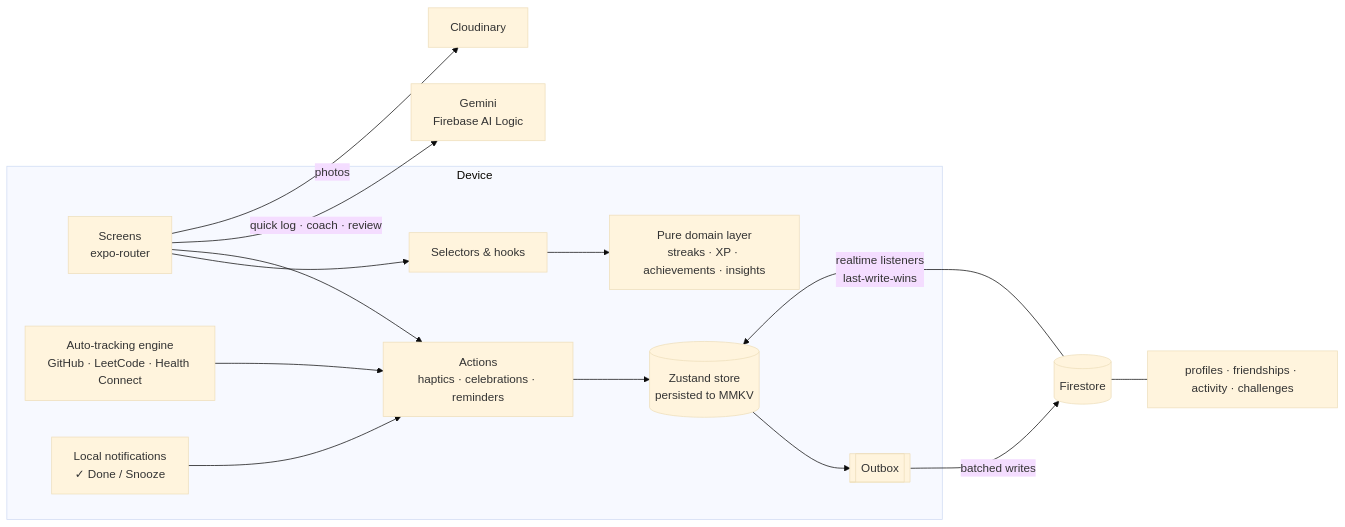
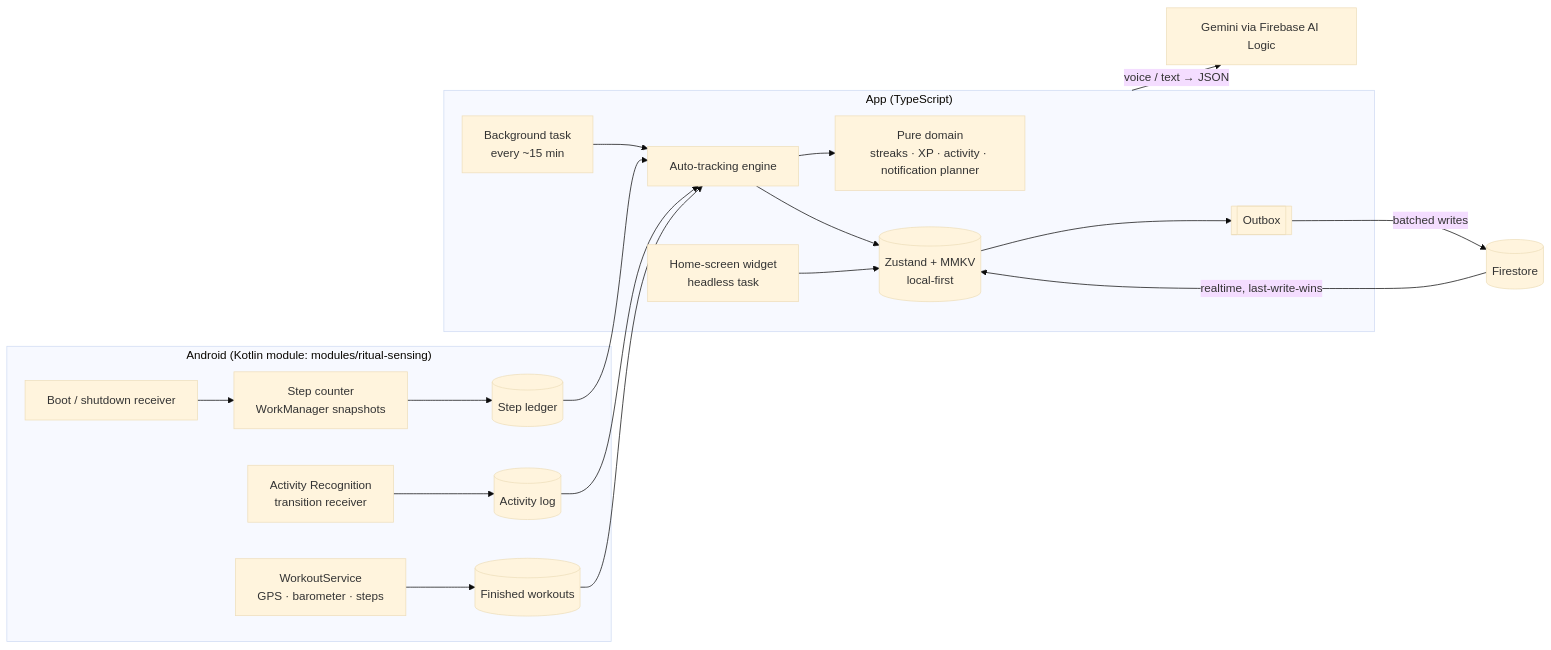
One commit to Apurba2509/Ritual changed the diagram in README.md. Above: the diagram before and after it, drawn with Mermaid (base theme). The commit also changed other lines of this file and 318 other files, not shown here.

Commit message:
feat: add initial project structure and Android ritual-sensing module

````diff
--- a/README.md
+++ b/README.md
@@ -67,17 +72,24 @@
 ```mermaid
 flowchart LR
-  subgraph Device
-    UI[Screens<br/>expo-router] --> Hooks[Selectors &amp; hooks]
-    Hooks --> Domain[Pure domain layer<br/>streaks · XP · achievements · insights]
-    UI --> Actions[Actions<br/>haptics · celebrations · reminders]
-    Actions --> Store[(Zustand store<br/>persisted to MMKV)]
-    Store --> Outbox[[Outbox]]
-    Integrations[Auto-tracking engine<br/>GitHub · LeetCode · Health Connect] --> Actions
-    Notif[Local notifications<br/>✓ Done / Snooze] --> Actions
+  subgraph Android["Android (Kotlin module: modules/ritual-sensing)"]
+    SC[Step counter<br/>WorkManager snapshots] --> Ledger[(Step ledger)]
+    AR[Activity Recognition<br/>transition receiver] --> Events[(Activity log)]
+    WS[WorkoutService<br/>GPS · barometer · steps] --> Done[(Finished workouts)]
+    Boot[Boot / shutdown receiver] --> SC
   end
+  subgraph JS["App (TypeScript)"]
+    Domain[Pure domain<br/>streaks · XP · activity · notification planner]
+    Engine[Auto-tracking engine] --> Domain
+    Store[(Zustand + MMKV<br/>local-first)] --> Outbox[[Outbox]]
+    BG[Background task<br/>every ~15 min] --> Engine
+    Widget[Home-screen widget<br/>headless task]
+  end
+  Ledger --> Engine
+  Events --> Engine
+  Done --> Engine
+  Engine --> Store
+  Widget --> Store
   Outbox -- batched writes --> FS[(Firestore)]
-  FS -- realtime listeners<br/>last-write-wins --> Store
-  UI -- quick log · coach · review --> AI[Gemini<br/>Firebase AI Logic]
-  UI -- photos --> CDN[Cloudinary]
-  FS --- Social[profiles · friendships · activity · challenges]
+  FS -- realtime, last-write-wins --> Store
+  JS -- voice / text → JSON --> AI[Gemini via Firebase AI Logic]
 ```
````
